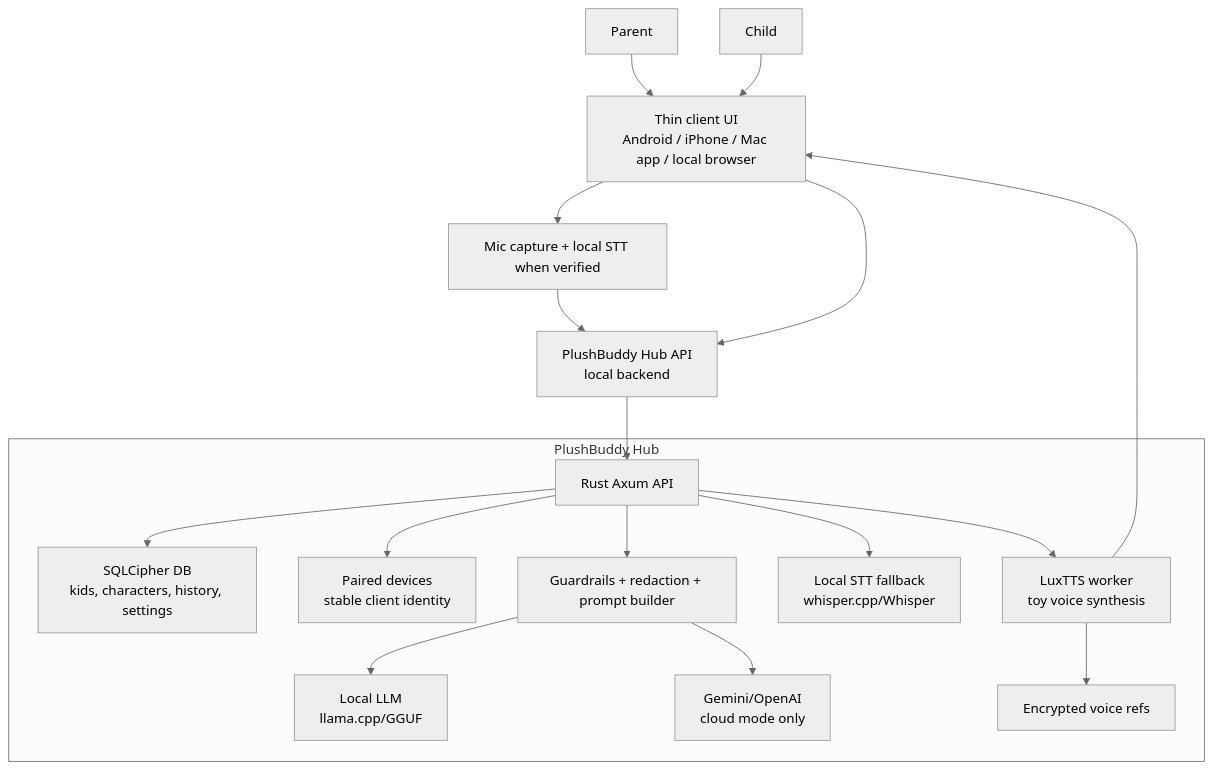
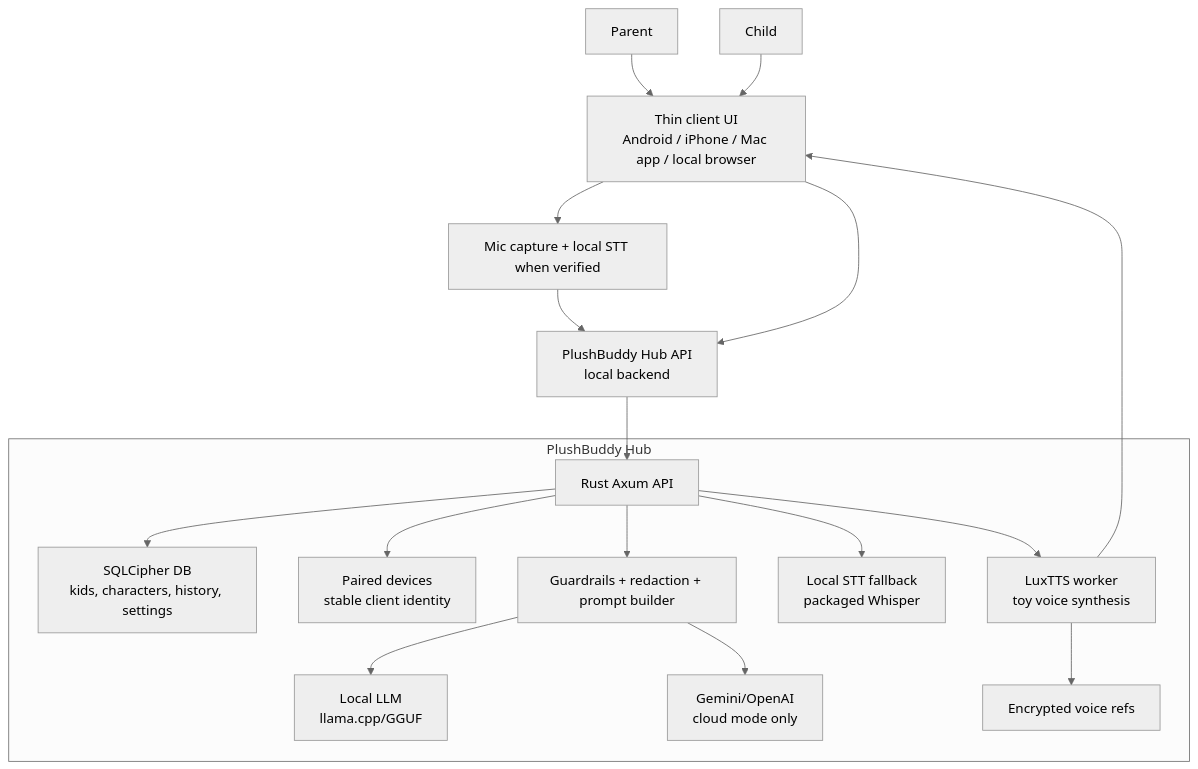
Before and after one commit to palwe-prafulla/plushpal: the first of 4 diagrams in docs/architecture/SYSTEM_DESIGN.md, drawn with Mermaid (neutral theme). The commit also changed other lines of this file and 39 other files, not shown here.

Commit message:
Start Hub-first v2 architecture branch

````diff
--- a/docs/architecture/SYSTEM_DESIGN.md
+++ b/docs/architecture/SYSTEM_DESIGN.md
@@ -192,32 +210,32 @@
 ```mermaid
 flowchart TB
     Parent["Parent"] --> Client["Thin client UI<br/>Android / iPhone / Mac app / local browser"]
     Child["Child"] --> Client
 
     Client --> Mic["Mic capture + local STT when verified"]
     Mic --> HubAPI["PlushBuddy Hub API<br/>local backend"]
     Client --> HubAPI
 
     subgraph Hub["PlushBuddy Hub"]
         API["Rust Axum API"]
         DB["SQLCipher DB<br/>kids, characters, history, settings"]
         Pairing["Paired devices<br/>stable client identity"]
         Policy["Guardrails + redaction + prompt builder"]
-        LocalSTT["Local STT fallback<br/>whisper.cpp/Whisper"]
+        LocalSTT["Local STT fallback<br/>packaged Whisper"]
         LocalLLM["Local LLM<br/>llama.cpp/GGUF"]
         CloudLLM["Gemini/OpenAI<br/>cloud mode only"]
         TTS["LuxTTS worker<br/>toy voice synthesis"]
         VoiceStore["Encrypted voice refs"]
     end
 
     HubAPI --> API
     API --> DB
     API --> Pairing
     API --> Policy
     API --> LocalSTT
     Policy --> LocalLLM
     Policy --> CloudLLM
     API --> TTS
     TTS --> VoiceStore
     TTS --> Client
 ```
````
